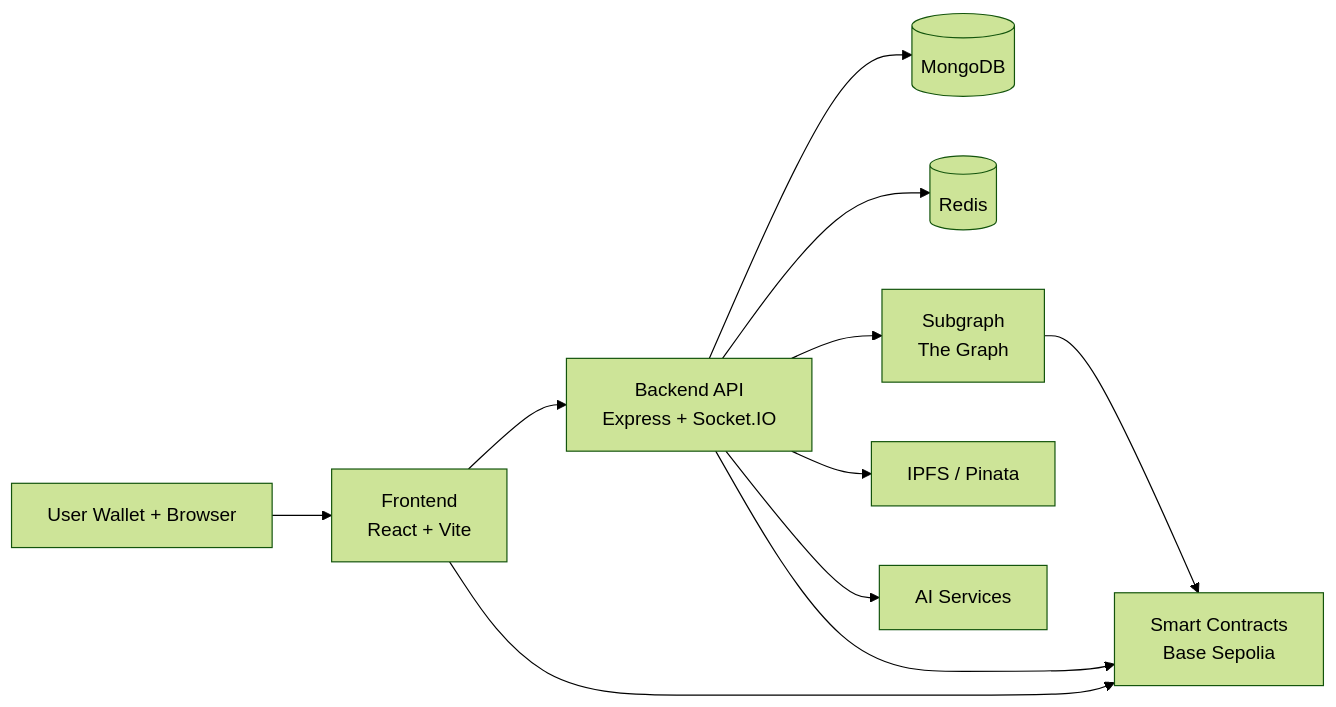
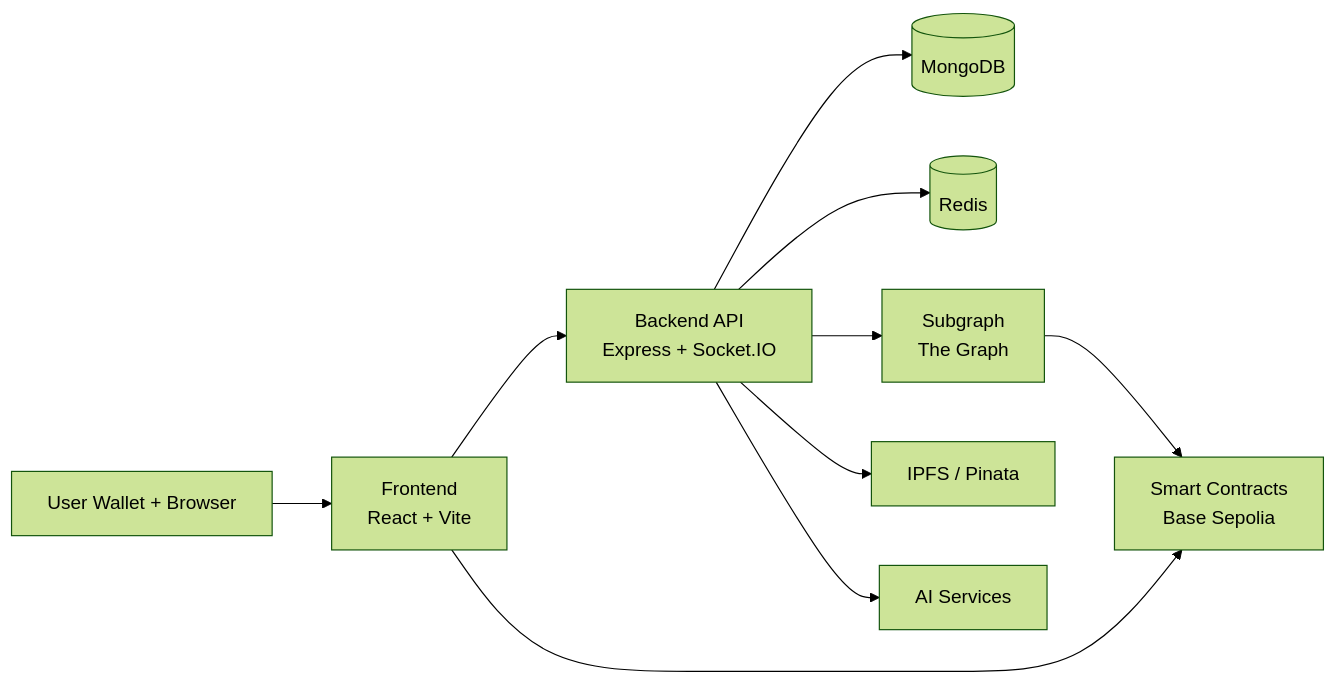
One commit to surajsbhoj0101/NeuroGuild-Network changed the diagram in README.md. Above: the diagram before and after it, drawn with Mermaid (forest theme). The commit also changed other lines of this file and 4 other files, not shown here.

````diff
--- a/README.md
+++ b/README.md
@@ -27,13 +37,12 @@
 ```mermaid
 flowchart LR
     U[User Wallet + Browser] --> F[Frontend\nReact + Vite]
     F --> B[Backend API\nExpress + Socket.IO]
     F --> C[Smart Contracts\nBase Sepolia]
-    B --> M[(MongoDB)]
+    B --> D[(MongoDB)]
     B --> R[(Redis)]
     B --> G[Subgraph\nThe Graph]
     B --> I[IPFS / Pinata]
     B --> A[AI Services]
     G --> C
-    B --> C
 ```
````
